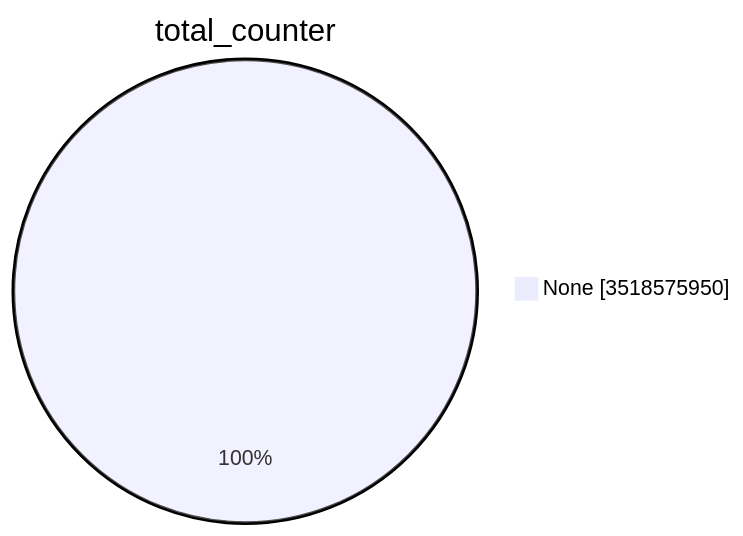
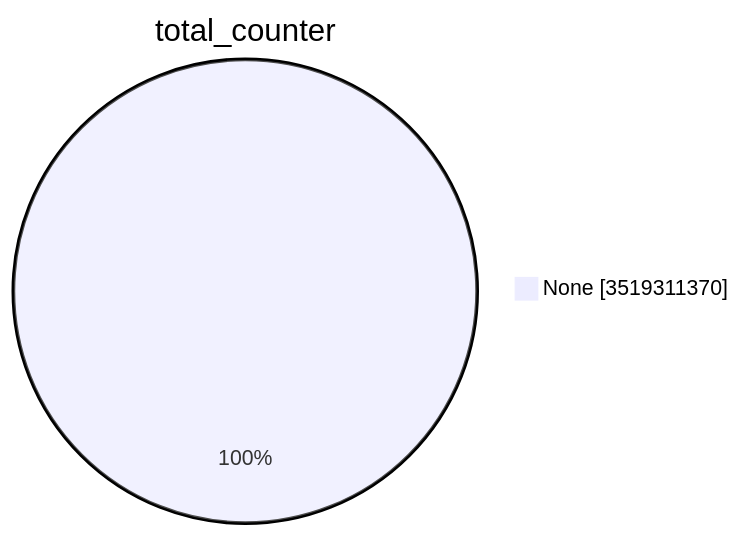
The first of 15 diagrams in TOTAL/README.md (christiankrug/ctmonitor_visualization), drawn with Mermaid before and after one commit. The commit also changed other lines of this file, not shown here.

````diff
--- a/TOTAL/README.md
+++ b/TOTAL/README.md
@@ -1,5 +1,5 @@
 ```mermaid
 pie showData
 title total_counter
-"None" :3518575950
+"None" :3519311370
 ```
````
